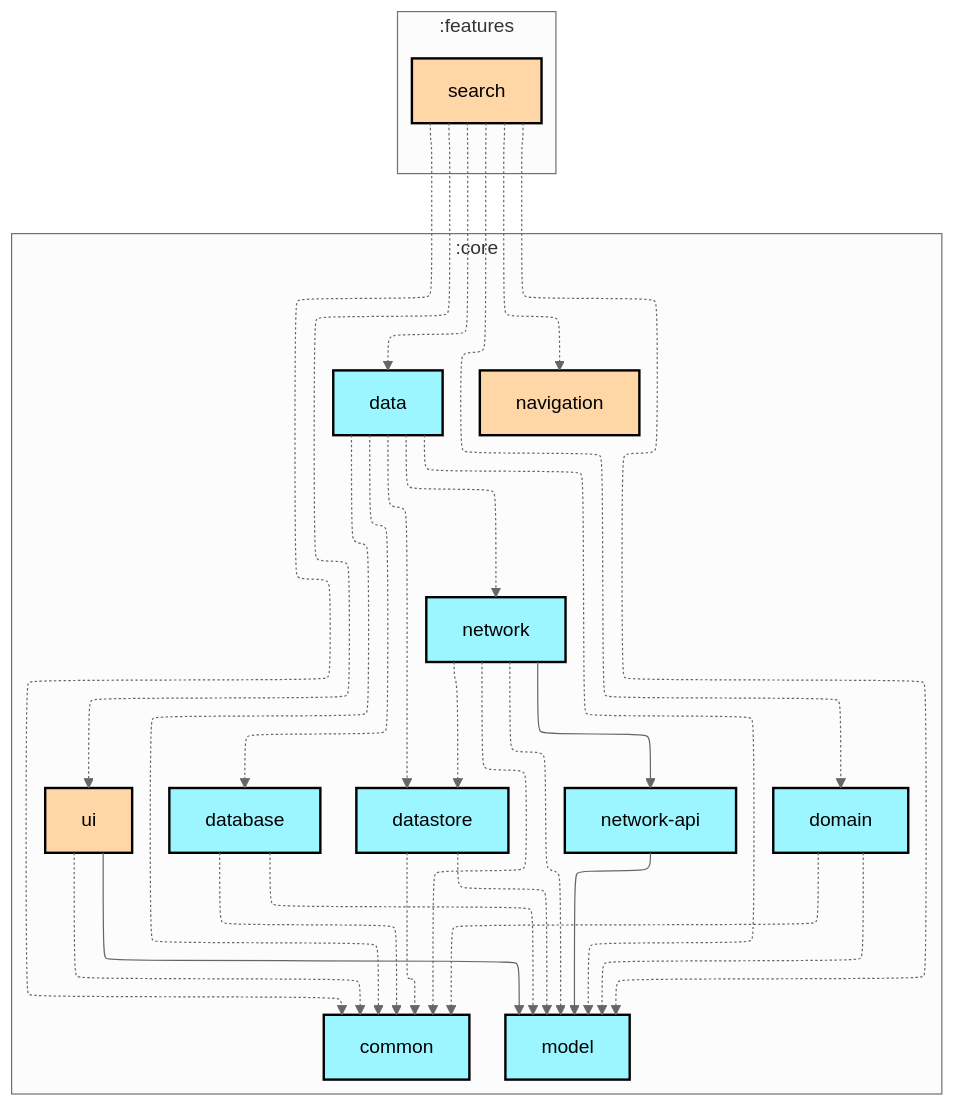
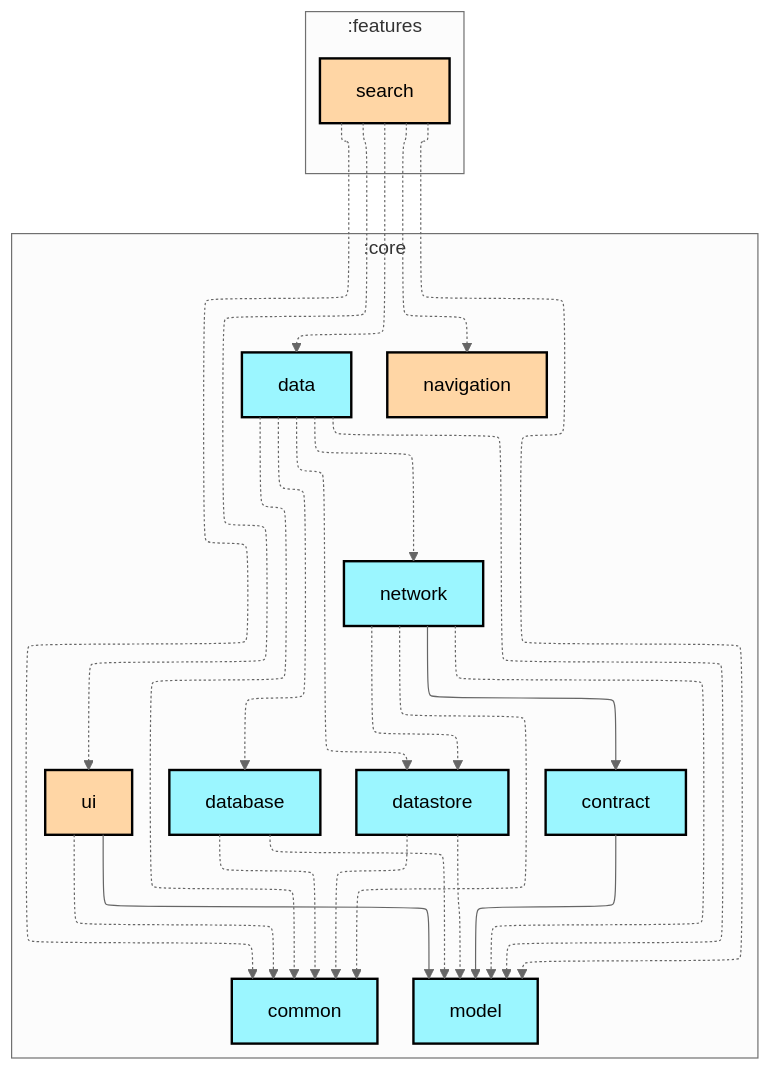
Before and after one commit to woods-marshes/chat-multiplatform: the first of 2 diagrams in features/search/README.md, drawn with Mermaid (neutral theme). The commit also changed 58 other files, not shown here.

Commit message:
build: rename core:network-api module to core:contract

````diff
--- a/features/search/README.md
+++ b/features/search/README.md
@@ -6,58 +6,54 @@
 ```mermaid
 ---
 config:
   layout: elk
   elk:
     nodePlacementStrategy: SIMPLE
 ---
 graph TB
   subgraph :features
     direction TB
     :features:search[search]:::compose-multiplatform
   end
   subgraph :core
     direction TB
     :core:common[common]:::kotlin-multiplatform
+    :core:contract[contract]:::kotlin-multiplatform
     :core:data[data]:::kotlin-multiplatform
     :core:database[database]:::kotlin-multiplatform
     :core:datastore[datastore]:::kotlin-multiplatform
-    :core:domain[domain]:::kotlin-multiplatform
     :core:model[model]:::kotlin-multiplatform
     :core:navigation[navigation]:::compose-multiplatform
     :core:network[network]:::kotlin-multiplatform
-    :core:network-api[network-api]:::kotlin-multiplatform
     :core:ui[ui]:::compose-multiplatform
   end
 
+  :core:contract --> :core:model
   :core:data -.-> :core:common
   :core:data -.-> :core:database
   :core:data -.-> :core:datastore
   :core:data -.-> :core:model
   :core:data -.-> :core:network
   :core:database -.-> :core:common
   :core:database -.-> :core:model
   :core:datastore -.-> :core:common
   :core:datastore -.-> :core:model
-  :core:domain -.-> :core:common
-  :core:domain -.-> :core:model
   :core:network -.-> :core:common
+  :core:network --> :core:contract
   :core:network -.-> :core:datastore
   :core:network -.-> :core:model
-  :core:network --> :core:network-api
-  :core:network-api --> :core:model
   :core:ui -.-> :core:common
   :core:ui --> :core:model
   :features:search -.-> :core:common
   :features:search -.-> :core:data
-  :features:search -.-> :core:domain
   :features:search -.-> :core:model
   :features:search -.-> :core:navigation
   :features:search -.-> :core:ui
 
 classDef android-application fill:#CAFFBF,stroke:#000,stroke-width:2px,color:#000;
 classDef desktop-application fill:#BDB2FF,stroke:#000,stroke-width:2px,color:#000;
 classDef compose-multiplatform fill:#FFD6A5,stroke:#000,stroke-width:2px,color:#000;
 classDef ktor-server fill:#FDFFB6,stroke:#000,stroke-width:2px,color:#000;
 classDef kotlin-multiplatform fill:#9BF6FF,stroke:#000,stroke-width:2px,color:#000;
 classDef unknown fill:#FFADAD,stroke:#000,stroke-width:2px,color:#000;
 ```
````
